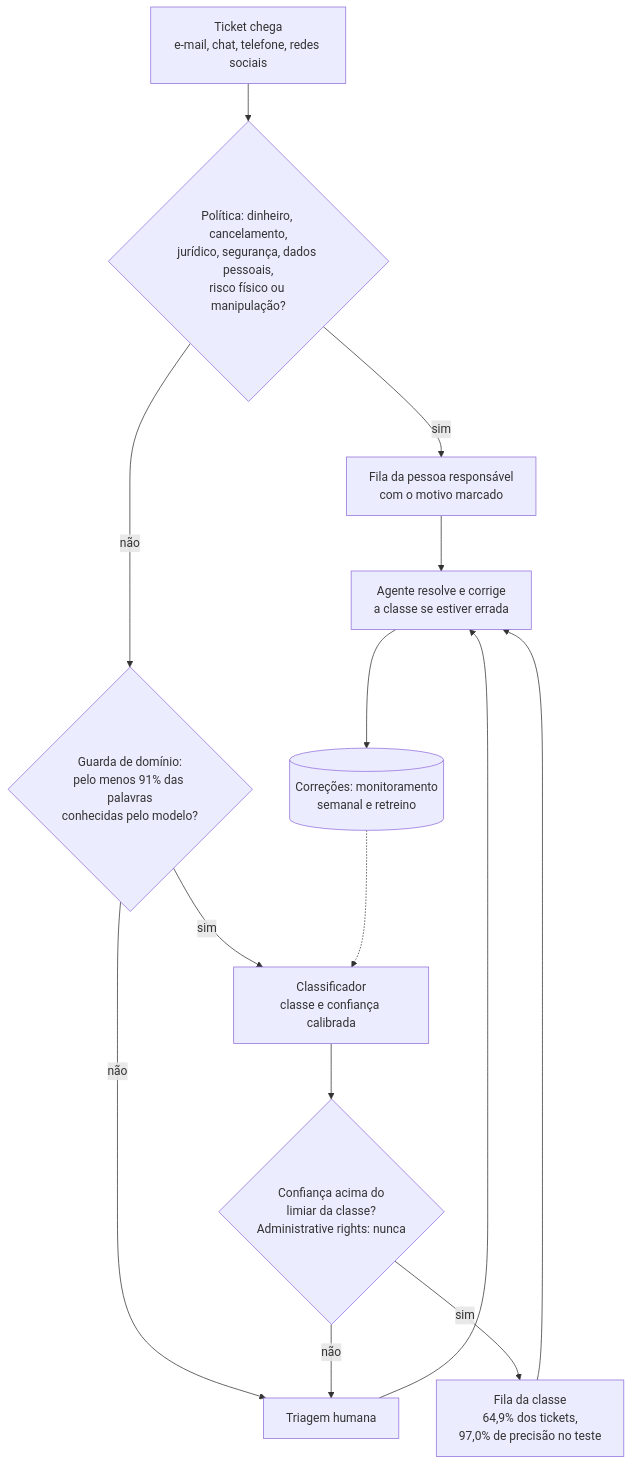
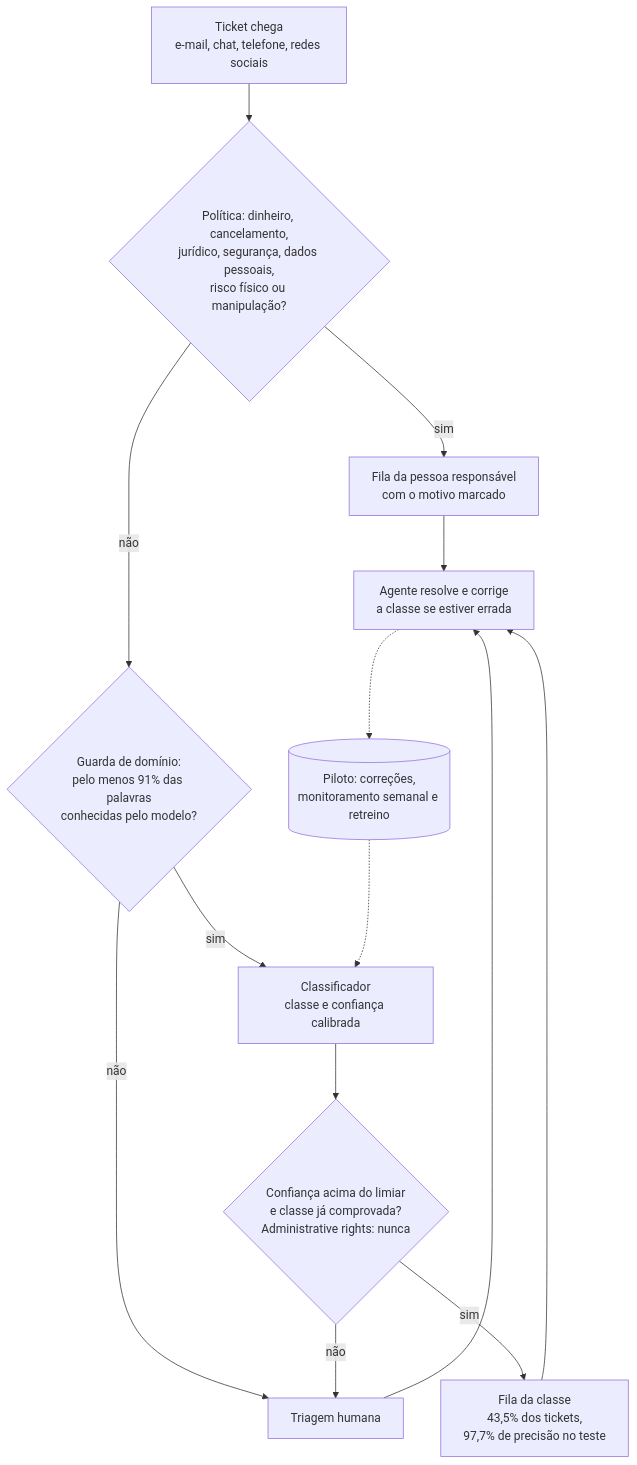
Before and after one commit to codessentia/ai-master-challenge: the diagram in submissions/diogo-carrico/docs/proposta-automacao.md, drawn with Mermaid. The commit also changed other lines of this file and 17 other files, not shown here.

````diff
--- a/submissions/diogo-carrico/docs/proposta-automacao.md
+++ b/submissions/diogo-carrico/docs/proposta-automacao.md
@@ -9,16 +9,16 @@
 ```mermaid
 flowchart TD
     A["Ticket chega<br/>e-mail, chat, telefone, redes sociais"] --> B{"Política: dinheiro, cancelamento,<br/>jurídico, segurança, dados pessoais,<br/>risco físico ou manipulação?"}
     B -- sim --> P["Fila da pessoa responsável<br/>com o motivo marcado"]
     B -- não --> C{"Guarda de domínio:<br/>pelo menos 91% das palavras<br/>conhecidas pelo modelo?"}
     C -- não --> H["Triagem humana"]
     C -- sim --> D["Classificador<br/>classe e confiança calibrada"]
-    D --> E{"Confiança acima do<br/>limiar da classe?<br/>Administrative rights: nunca"}
+    D --> E{"Confiança acima do limiar<br/>e classe já comprovada?<br/>Administrative rights: nunca"}
     E -- não --> H
-    E -- sim --> F["Fila da classe<br/>64,9% dos tickets,<br/>97,0% de precisão no teste"]
+    E -- sim --> F["Fila da classe<br/>43,5% dos tickets,<br/>97,7% de precisão no teste"]
     H --> G["Agente resolve e corrige<br/>a classe se estiver errada"]
     F --> G
     P --> G
-    G --> M[("Correções: monitoramento<br/>semanal e retreino")]
+    G -.-> M[("Piloto: correções,<br/>monitoramento semanal e retreino")]
     M -.-> D
 ```
````
